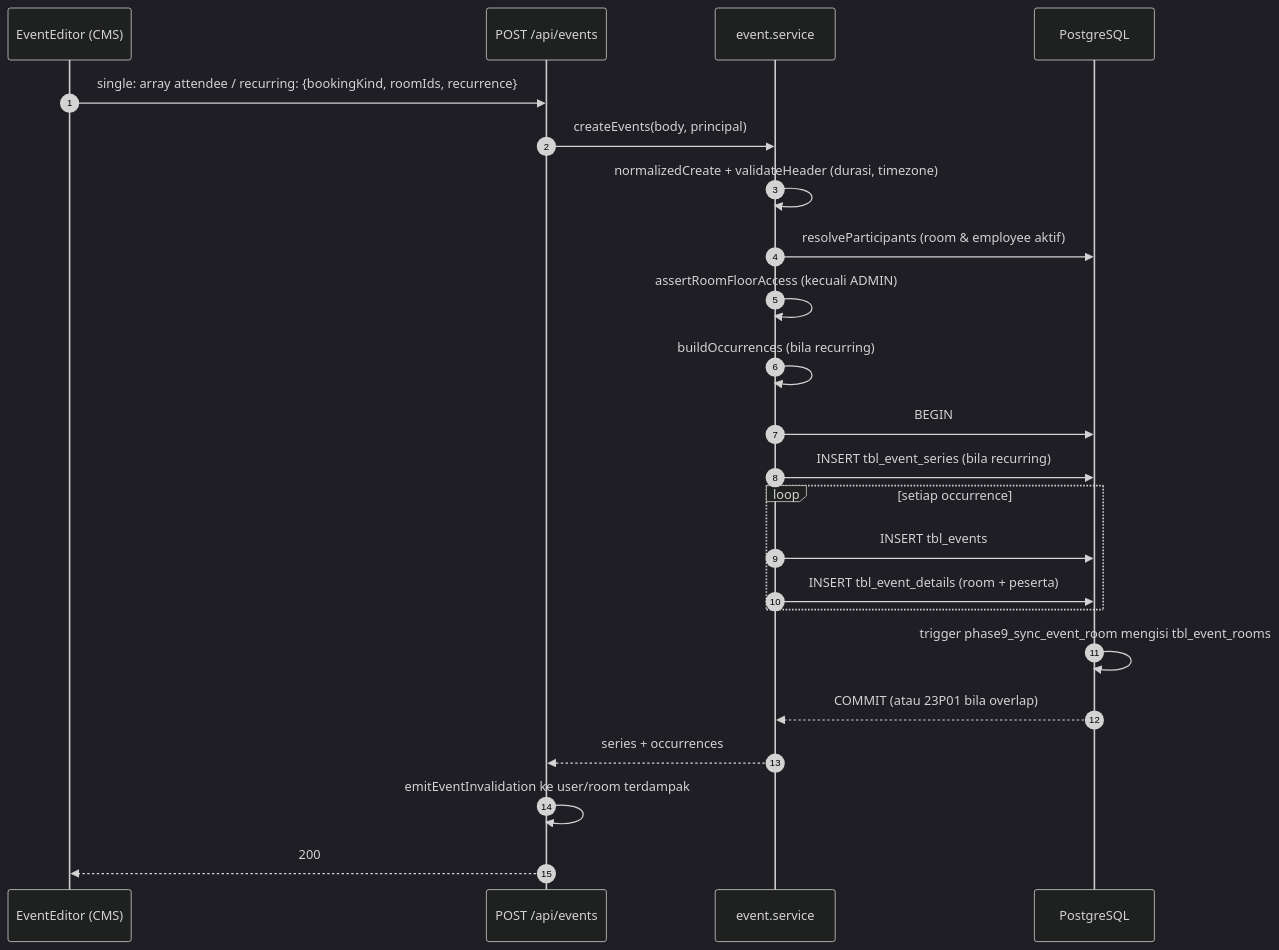
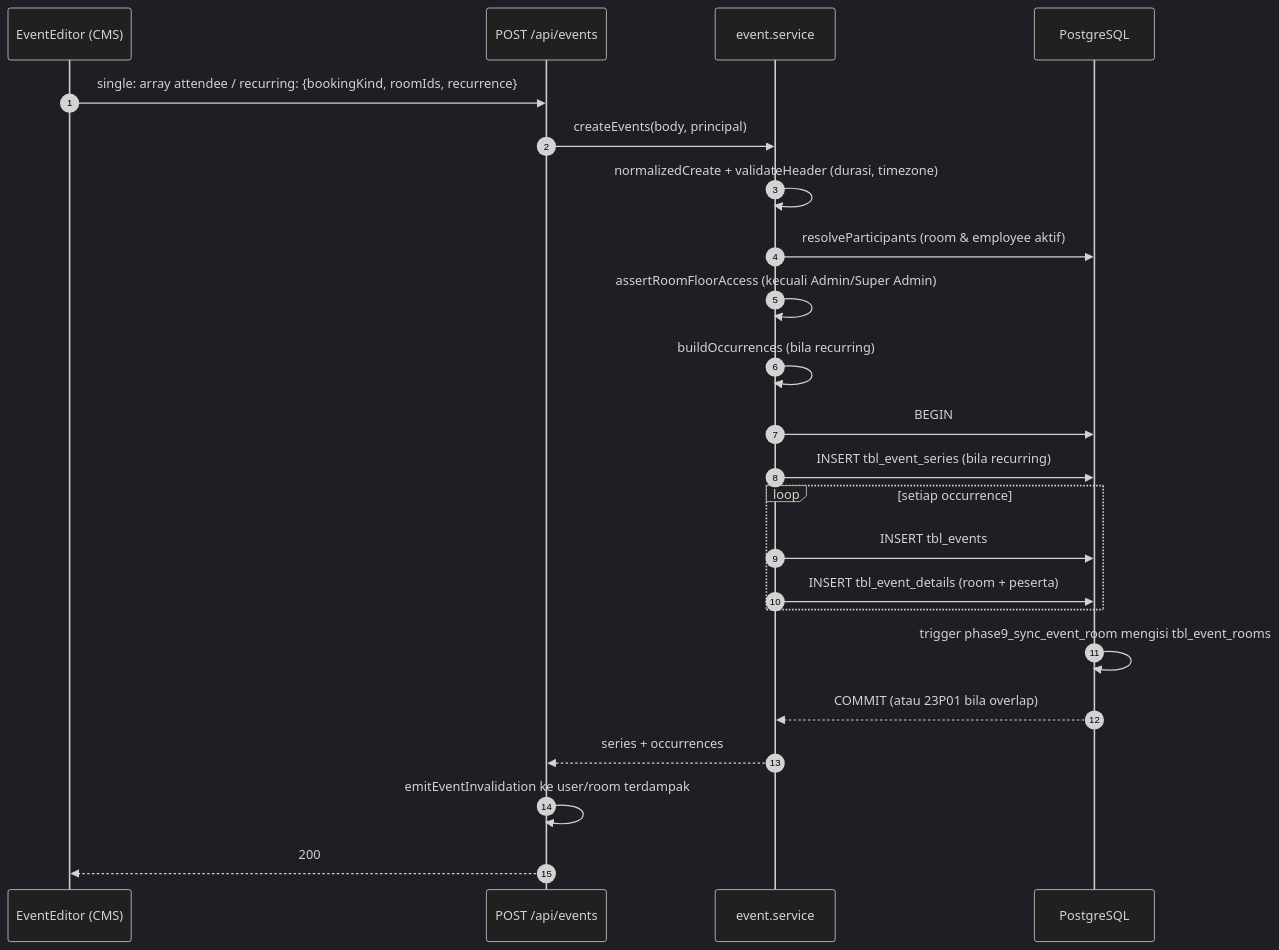
The third of 5 diagrams in docs/architecture.md (goodmeow/app_booking), drawn with Mermaid (dark theme) before and after one commit. The commit also changed other lines of this file and 14 other files, not shown here.

````diff
--- a/docs/architecture.md
+++ b/docs/architecture.md
@@ -92,25 +92,25 @@
 ```mermaid
 sequenceDiagram
   autonumber
   participant U as EventEditor (CMS)
   participant A as POST /api/events
   participant S as event.service
   participant D as PostgreSQL
   U->>A: single: array attendee / recurring: {bookingKind, roomIds, recurrence}
   A->>S: createEvents(body, principal)
   S->>S: normalizedCreate + validateHeader (durasi, timezone)
   S->>D: resolveParticipants (room & employee aktif)
-  S->>S: assertRoomFloorAccess (kecuali ADMIN)
+  S->>S: assertRoomFloorAccess (kecuali Admin/Super Admin)
   S->>S: buildOccurrences (bila recurring)
   S->>D: BEGIN
   S->>D: INSERT tbl_event_series (bila recurring)
   loop setiap occurrence
     S->>D: INSERT tbl_events
     S->>D: INSERT tbl_event_details (room + peserta)
   end
   D->>D: trigger phase9_sync_event_room mengisi tbl_event_rooms
   D-->>S: COMMIT (atau 23P01 bila overlap)
   S-->>A: series + occurrences
   A->>A: emitEventInvalidation ke user/room terdampak
   A-->>U: 200
 ```
````
